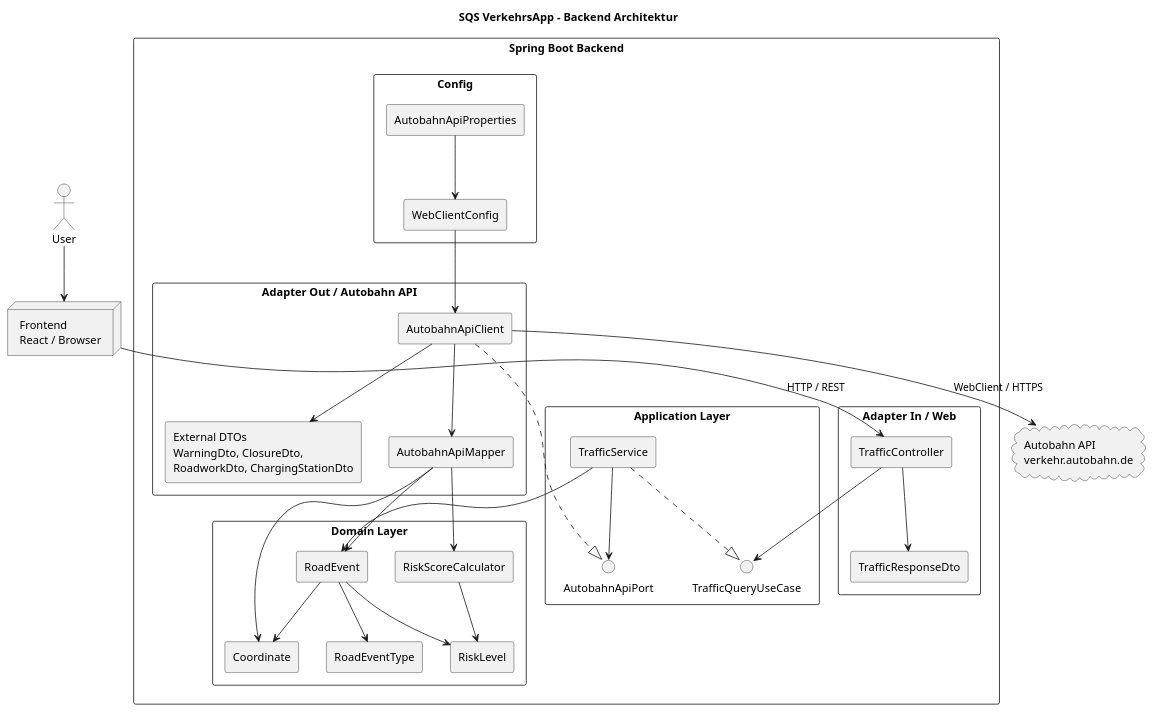
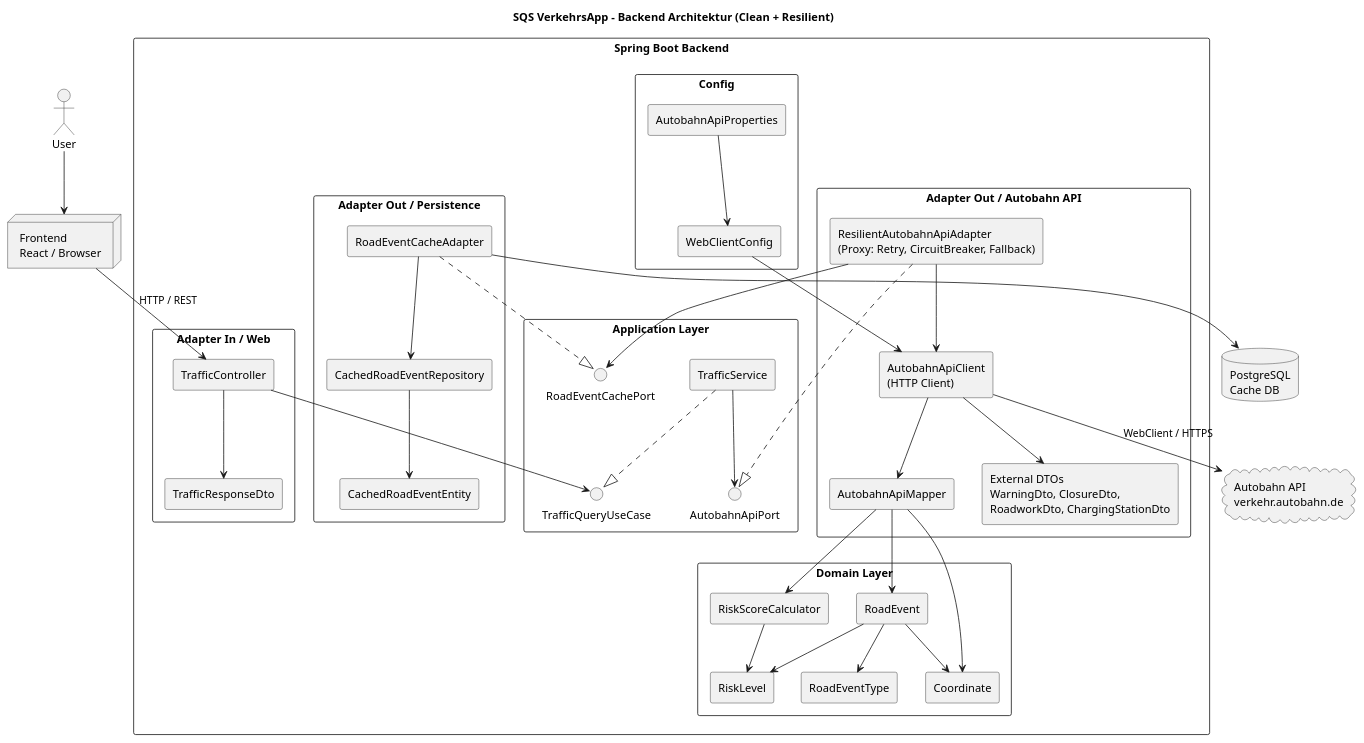
One commit to mifisc/SQS-VerkehrsApp-Projekt changed the diagram in backend/sqs-verkehrsapp/architecture.puml. Above: the diagram before and after it, drawn with PlantUML.

Commit message:
architecture.puml geupdatet

```diff
--- a/backend/sqs-verkehrsapp/architecture.puml
+++ b/backend/sqs-verkehrsapp/architecture.puml
@@ -1,74 +1,103 @@
 @startuml
-title SQS VerkehrsApp - Backend Architektur
+title SQS VerkehrsApp - Backend Architektur (Clean + Resilient)
 
 skinparam packageStyle rectangle
 skinparam componentStyle rectangle
 
 actor "User" as User
 
 node "Frontend\nReact / Browser" as Frontend
 
 cloud "Autobahn API\nverkehr.autobahn.de" as AutobahnApi
+
+database "PostgreSQL\nCache DB" as Postgres
 
 package "Spring Boot Backend" {
 
   package "Adapter In / Web" {
     component "TrafficController" as TrafficController
     component "TrafficResponseDto" as TrafficResponseDto
   }
 
   package "Application Layer" {
     interface "TrafficQueryUseCase" as TrafficQueryUseCase
     component "TrafficService" as TrafficService
+
     interface "AutobahnApiPort" as AutobahnApiPort
+    interface "RoadEventCachePort" as RoadEventCachePort
   }
 
   package "Domain Layer" {
     component "RoadEvent" as RoadEvent
     component "Coordinate" as Coordinate
     component "RoadEventType" as RoadEventType
     component "RiskLevel" as RiskLevel
     component "RiskScoreCalculator" as RiskScoreCalculator
   }
 
   package "Adapter Out / Autobahn API" {
-    component "AutobahnApiClient" as AutobahnApiClient
+
+    component "ResilientAutobahnApiAdapter\n(Proxy: Retry, CircuitBreaker, Fallback)" as ResilientAdapter
+
+    component "AutobahnApiClient\n(HTTP Client)" as AutobahnApiClient
     component "AutobahnApiMapper" as AutobahnApiMapper
+
     component "External DTOs\nWarningDto, ClosureDto,\nRoadworkDto, ChargingStationDto" as ExternalDtos
+  }
+
+  package "Adapter Out / Persistence" {
+    component "RoadEventCacheAdapter" as CacheAdapter
+    component "CachedRoadEventEntity" as CacheEntity
+    component "CachedRoadEventRepository" as CacheRepo
   }
 
   package "Config" {
     component "WebClientConfig" as WebClientConfig
     component "AutobahnApiProperties" as AutobahnApiProperties
   }
 }
 
+' --- Flow ---
 User --> Frontend
 Frontend --> TrafficController : HTTP / REST
 
 TrafficController --> TrafficQueryUseCase
 TrafficController --> TrafficResponseDto
 
 TrafficService ..|> TrafficQueryUseCase
 TrafficService --> AutobahnApiPort
-TrafficService --> RoadEvent
 
-AutobahnApiClient ..|> AutobahnApiPort
+' --- Ports Implementation ---
+ResilientAdapter ..|> AutobahnApiPort
+CacheAdapter ..|> RoadEventCachePort
+
+' --- Proxy Layer ---
+ResilientAdapter --> AutobahnApiClient
+ResilientAdapter --> RoadEventCachePort
+
+' --- External API ---
 AutobahnApiClient --> AutobahnApiMapper
 AutobahnApiClient --> ExternalDtos
 AutobahnApiClient --> AutobahnApi : WebClient / HTTPS
 
+' --- Mapping ---
 AutobahnApiMapper --> RoadEvent
 AutobahnApiMapper --> Coordinate
 AutobahnApiMapper --> RiskScoreCalculator
 
+' --- Domain ---
 RoadEvent --> Coordinate
 RoadEvent --> RoadEventType
 RoadEvent --> RiskLevel
-
 RiskScoreCalculator --> RiskLevel
 
+' --- Cache ---
+CacheAdapter --> CacheRepo
+CacheRepo --> CacheEntity
+CacheAdapter --> Postgres
+
+' --- Config ---
 WebClientConfig --> AutobahnApiClient
 AutobahnApiProperties --> WebClientConfig
 
 @enduml
```
